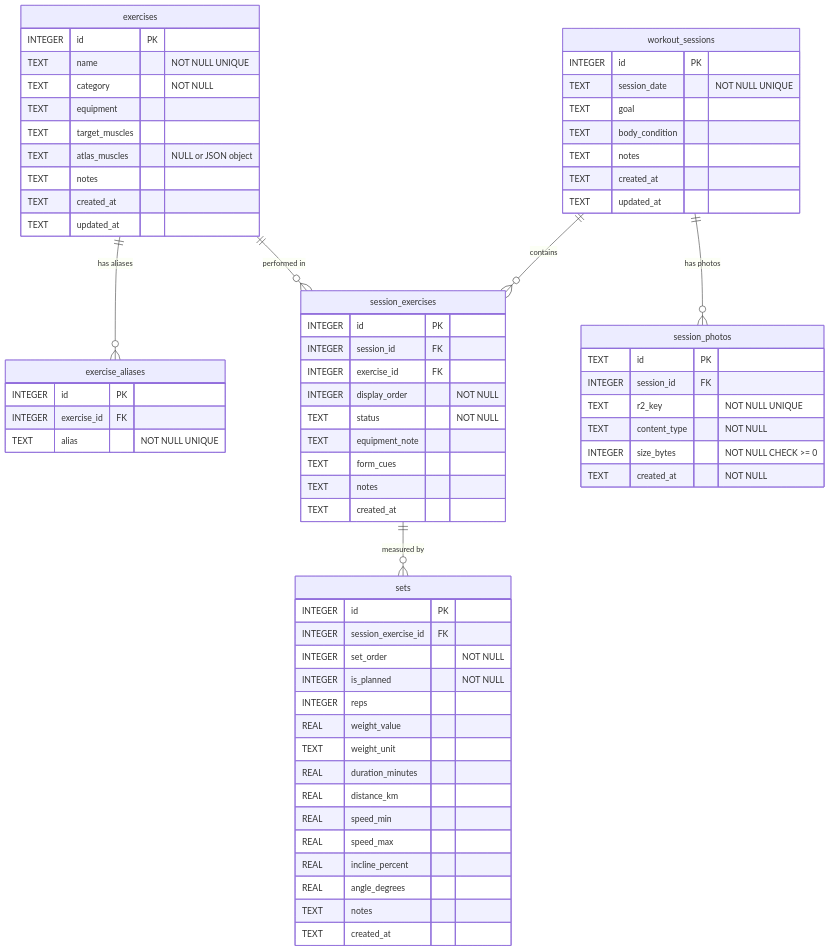
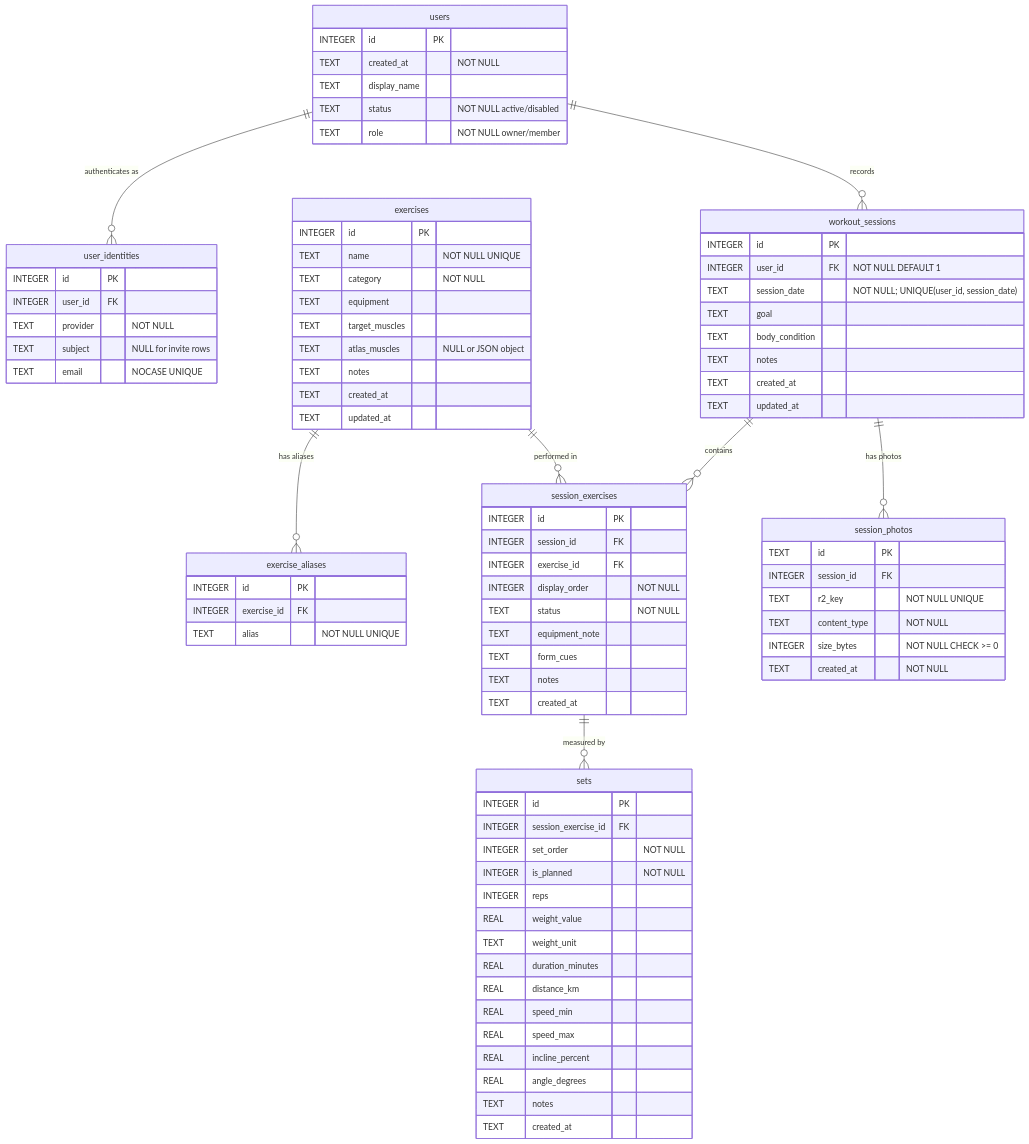
The diagram in docs/database.md (japan4415/training-logger), drawn with Mermaid before and after one commit. The commit also changed other lines of this file and 5 other files, not shown here.

Commit message:
feat(db): users と user_id を追加する migration 0005 (#66)

````diff
--- a/docs/database.md
+++ b/docs/database.md
@@ -44,10 +46,28 @@
 ```mermaid
 erDiagram
+    users ||--o{ user_identities : "authenticates as"
+    users ||--o{ workout_sessions : "records"
     exercises ||--o{ exercise_aliases : "has aliases"
     exercises ||--o{ session_exercises : "performed in"
     workout_sessions ||--o{ session_exercises : "contains"
     workout_sessions ||--o{ session_photos : "has photos"
     session_exercises ||--o{ sets : "measured by"
+
+    users {
+        INTEGER id PK
+        TEXT created_at "NOT NULL"
+        TEXT display_name
+        TEXT status "NOT NULL active/disabled"
+        TEXT role "NOT NULL owner/member"
+    }
+
+    user_identities {
+        INTEGER id PK
+        INTEGER user_id FK
+        TEXT provider "NOT NULL"
+        TEXT subject "NULL for invite rows"
+        TEXT email "NOCASE UNIQUE"
+    }
 
     exercises {
         INTEGER id PK
@@ -69,7 +89,8 @@
 
     workout_sessions {
         INTEGER id PK
-        TEXT session_date "NOT NULL UNIQUE"
+        INTEGER user_id FK "NOT NULL DEFAULT 1"
+        TEXT session_date "NOT NULL; UNIQUE(user_id, session_date)"
         TEXT goal
         TEXT body_condition
         TEXT notes
````
